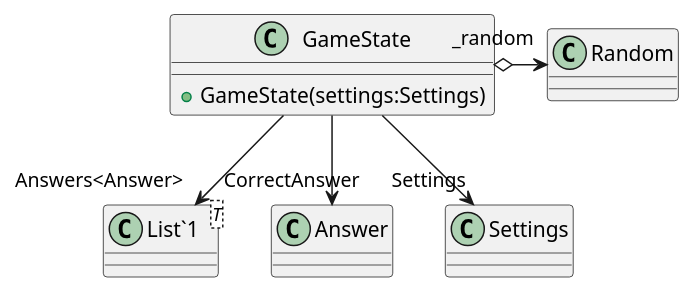
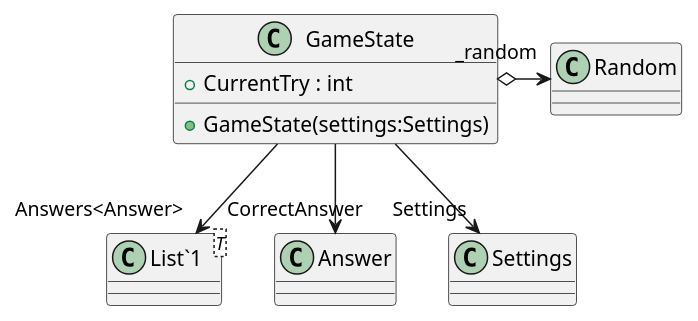
Before and after one commit to Caellian/UNIRI_OP_project: the diagram in PlantUML/Model/GameState.puml, drawn with PlantUML. The commit also changed 22 other files, not shown here.

```diff
--- a/PlantUML/Model/GameState.puml
+++ b/PlantUML/Model/GameState.puml
@@ -1,11 +1,12 @@
 @startuml
 class GameState {
+    + CurrentTry : int
     + GameState(settings:Settings)
 }
 class "List`1"<T> {
 }
 GameState --> "CorrectAnswer" Answer
 GameState --> "Answers<Answer>" "List`1"
 GameState --> "Settings" Settings
 GameState o-> "_random" Random
 @enduml
```
